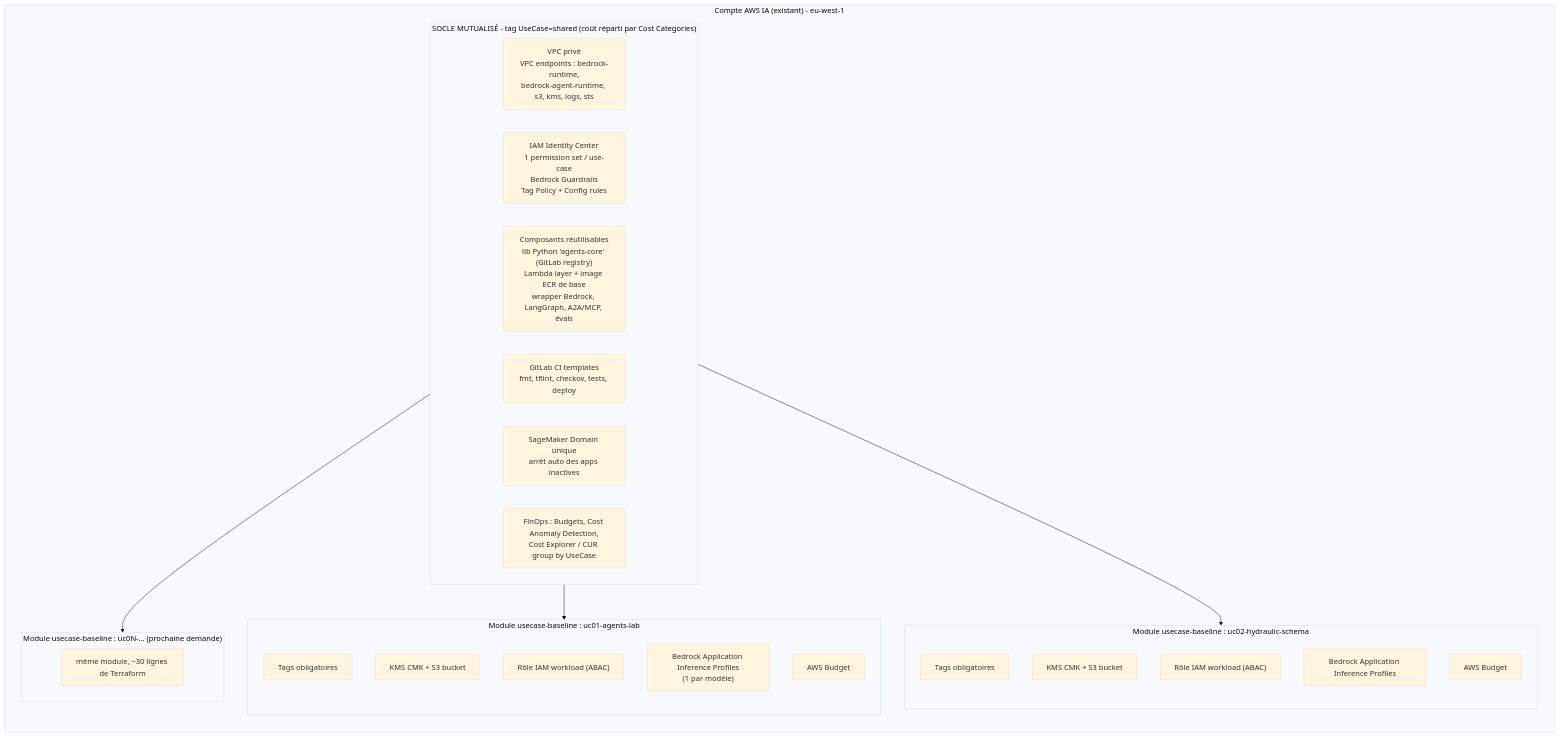
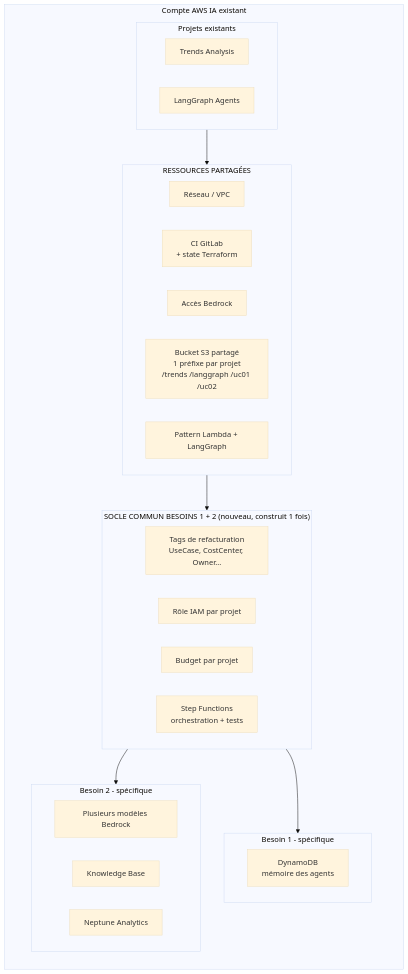
One commit to aymane-benchhab/aymane-benchhab changed the diagram in docs/diagrams/00-socle-mutualise.mmd. Above: the diagram before and after it, drawn with Mermaid (base theme). The commit also changed 5 other files, not shown here.

First line of the commit message:
Update diagrams: shared S3 bucket, no SageMaker, shared Step Functions

```diff
--- a/docs/diagrams/00-socle-mutualise.mmd
+++ b/docs/diagrams/00-socle-mutualise.mmd
@@ -1,39 +1,41 @@
 flowchart TB
-  subgraph ACC["Compte AWS IA (existant) - eu-west-1"]
+  subgraph ACC["Compte AWS IA existant"]
     direction TB
-    subgraph SHARED["SOCLE MUTUALISÉ  -  tag UseCase=shared  (coût réparti par Cost Categories)"]
+    subgraph EXIST["Projets existants"]
       direction LR
-      NET["VPC privé<br/>VPC endpoints : bedrock-runtime,<br/>bedrock-agent-runtime, s3, kms, logs, sts"]
-      SEC["IAM Identity Center<br/>1 permission set / use-case<br/>Bedrock Guardrails<br/>Tag Policy + Config rules"]
-      LIB["Composants réutilisables<br/>lib Python 'agents-core' (GitLab registry)<br/>Lambda layer + image ECR de base<br/>wrapper Bedrock, LangGraph, A2A/MCP, évals"]
-      CI["GitLab CI templates<br/>fmt, tflint, checkov, tests, deploy"]
-      SMD["SageMaker Domain unique<br/>arrêt auto des apps inactives"]
-      FIN["FinOps : Budgets, Cost Anomaly Detection,<br/>Cost Explorer / CUR group by UseCase"]
+      TA["Trends Analysis"]
+      LG["LangGraph Agents"]
     end
 
-    subgraph UC1["Module usecase-baseline : uc01-agents-lab"]
-      direction TB
-      U1A["Tags obligatoires"]
-      U1B["KMS CMK + S3 bucket"]
-      U1C["Rôle IAM workload (ABAC)"]
-      U1D["Bedrock Application Inference Profiles<br/>(1 par modèle)"]
-      U1E["AWS Budget"]
+    subgraph SHARED["RESSOURCES PARTAGÉES"]
+      direction LR
+      NET["Réseau / VPC"]
+      CI["CI GitLab<br/>+ state Terraform"]
+      BRA["Accès Bedrock"]
+      S3["Bucket S3 partagé<br/>1 préfixe par projet<br/>/trends /langgraph /uc01 /uc02"]
+      PAT["Pattern Lambda + LangGraph"]
     end
 
-    subgraph UC2["Module usecase-baseline : uc02-hydraulic-schema"]
-      direction TB
-      U2A["Tags obligatoires"]
-      U2B["KMS CMK + S3 bucket"]
-      U2C["Rôle IAM workload (ABAC)"]
-      U2D["Bedrock Application Inference Profiles"]
-      U2E["AWS Budget"]
+    subgraph SOCLE["SOCLE COMMUN BESOINS 1 + 2  (nouveau, construit 1 fois)"]
+      direction LR
+      TAG["Tags de refacturation<br/>UseCase, CostCenter, Owner..."]
+      IAM["Rôle IAM par projet"]
+      BUD["Budget par projet"]
+      SFN["Step Functions<br/>orchestration + tests"]
     end
 
-    subgraph UCN["Module usecase-baseline : uc0N-... (prochaine demande)"]
-      UNA["même module, ~30 lignes de Terraform"]
+    subgraph UC1["Besoin 1 - spécifique"]
+      DDB["DynamoDB<br/>mémoire des agents"]
+    end
+
+    subgraph UC2["Besoin 2 - spécifique"]
+      MM["Plusieurs modèles Bedrock"]
+      KB["Knowledge Base"]
+      NA["Neptune Analytics"]
     end
   end
 
-  SHARED --> UC1
-  SHARED --> UC2
-  SHARED --> UCN
+  EXIST --> SHARED
+  SHARED --> SOCLE
+  SOCLE --> UC1
+  SOCLE --> UC2
```
